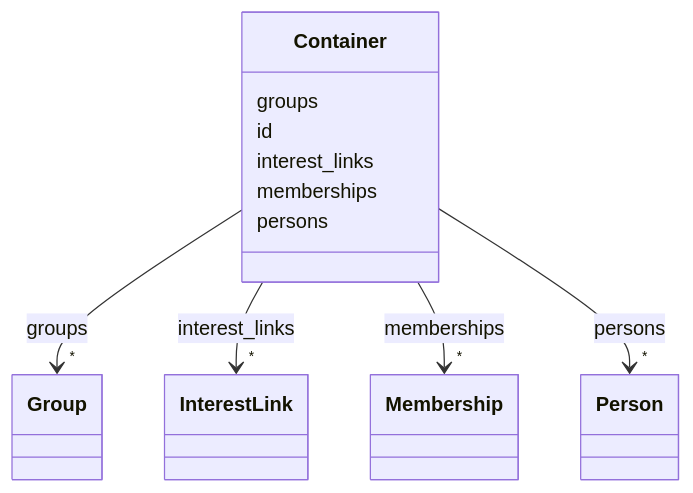
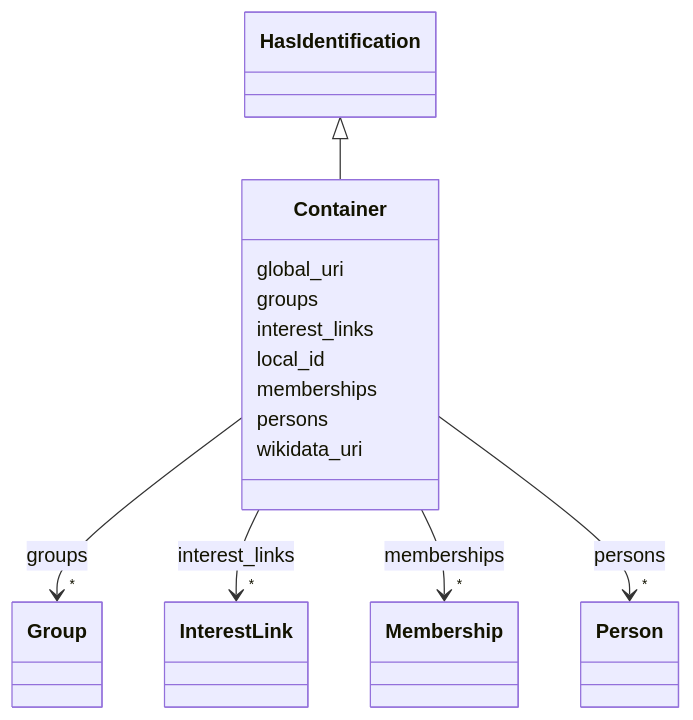
The diagram in ech-0294_actors/output/docs/Container.md (swiss/political-affairs-ech-group), drawn with Mermaid before and after one commit. The commit also changed other lines of this file and 176 other files, not shown here.

````diff
--- a/ech-0294_actors/output/docs/Container.md
+++ b/ech-0294_actors/output/docs/Container.md
@@ -22,52 +22,59 @@
 ```mermaid
  classDiagram
     class Container
     click Container href "../Container/"
+      HasIdentification <|-- Container
+        click HasIdentification href "../HasIdentification/"
+      
+      Container : global_uri
+        
       Container : groups
         
           
     
         
         
         Container --> "*" Group : groups
         click Group href "../Group/"
     
 
         
-      Container : id
-        
       Container : interest_links
         
           
     
         
         
         Container --> "*" InterestLink : interest_links
         click InterestLink href "../InterestLink/"
     
 
+        
+      Container : local_id
         
       Container : memberships
         
           
     
         
         
         Container --> "*" Membership : memberships
         click Membership href "../Membership/"
     
 
         
       Container : persons
         
           
     
         
         
         Container --> "*" Person : persons
         click Person href "../Person/"
     
 
         
+      Container : wikidata_uri
+        
       
 ```
````
